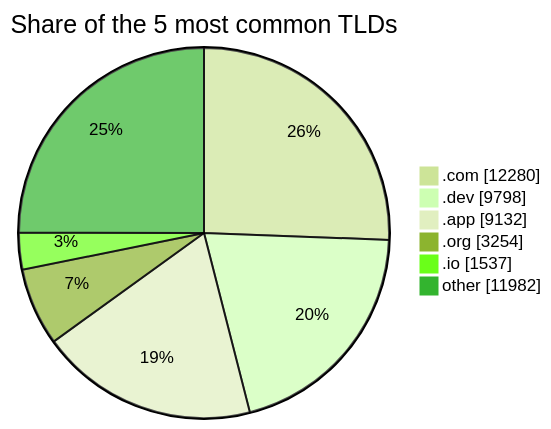
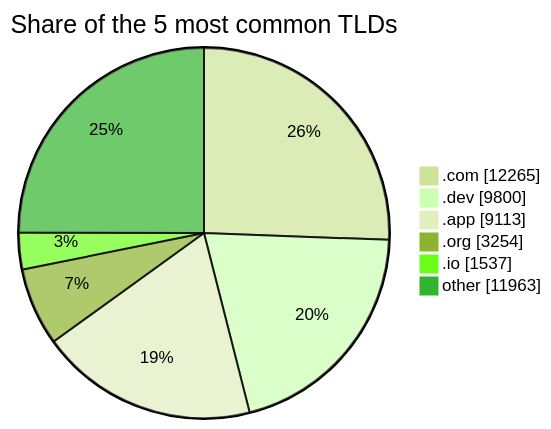
The third of 3 diagrams in README.md (DNSBunker/CTI), drawn with Mermaid (forest theme) before and after one commit. The commit also changed other lines of this file and 3 other files, not shown here.

````diff
--- a/README.md
+++ b/README.md
@@ -81,9 +81,9 @@
 ```mermaid
 pie showData title Share of the 5 most common TLDs
-    ".com" : 12280
-    ".dev" : 9798
-    ".app" : 9132
+    ".com" : 12265
+    ".dev" : 9800
+    ".app" : 9113
     ".org" : 3254
     ".io" : 1537
-    "other" : 11982
+    "other" : 11963
 ```
````
